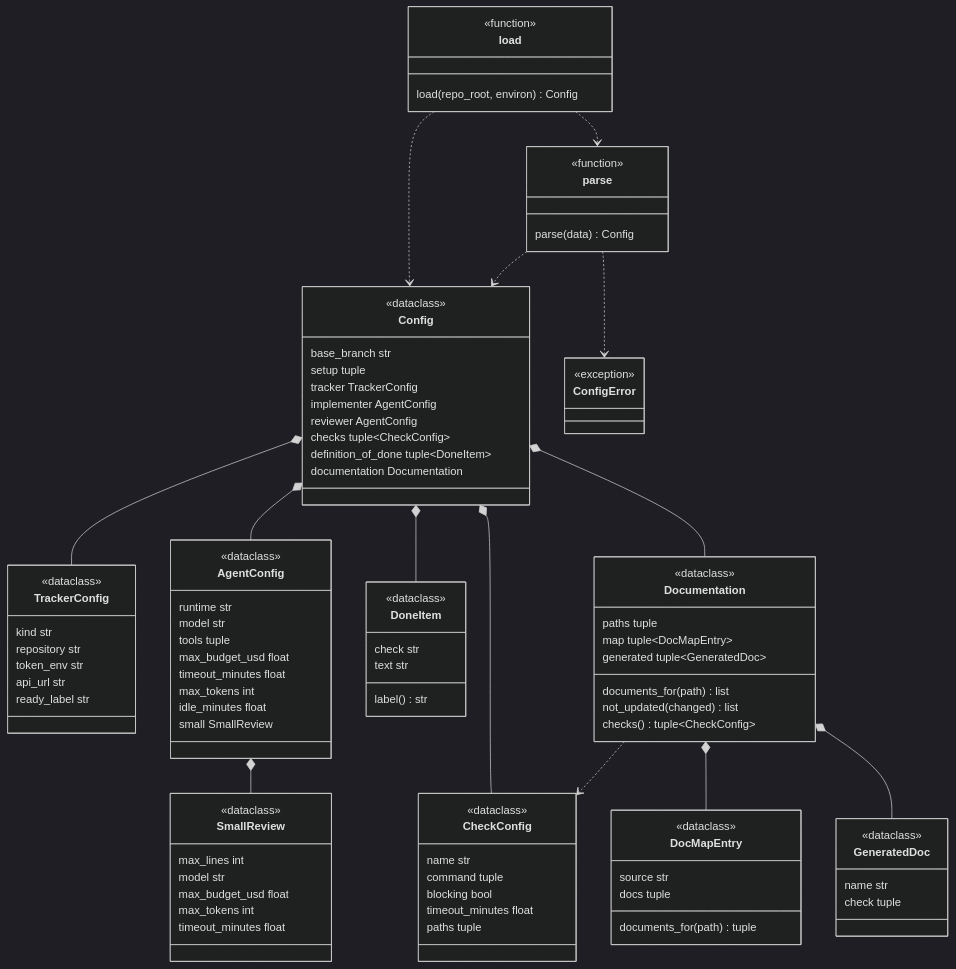
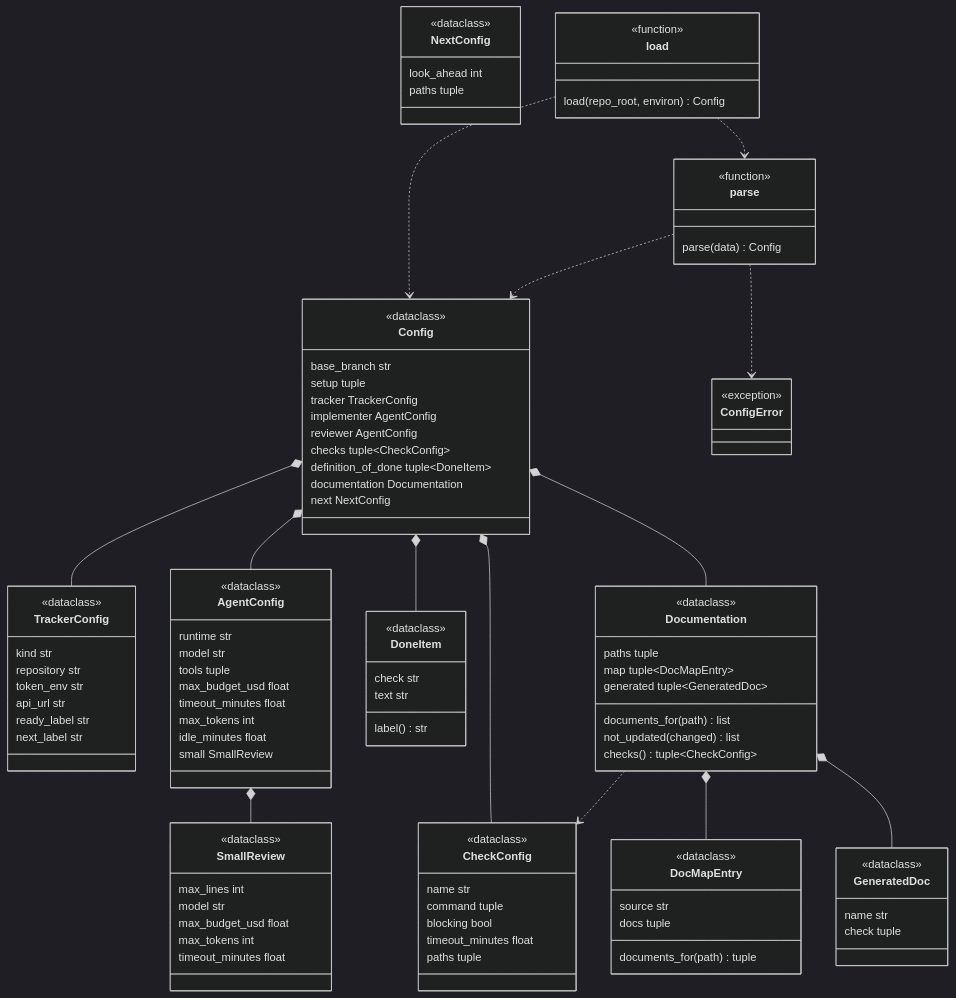
The second of 3 diagrams in docs/architecture/modules/config.md (plaplanche/ariane), drawn with Mermaid (dark theme) before and after one commit. The commit also changed other lines of this file and 42 other files, not shown here.

```diff
--- a/docs/architecture/modules/config.md
+++ b/docs/architecture/modules/config.md
@@ -77,6 +78,12 @@
   checks tuple~CheckConfig~
   definition_of_done tuple~DoneItem~
   documentation Documentation
+  next NextConfig
+}
+class NextConfig {
+  <<dataclass>>
+  look_ahead int
+  paths tuple
 }
 class TrackerConfig {
   <<dataclass>>
@@ -85,6 +92,7 @@
   token_env str
   api_url str
   ready_label str
+  next_label str
 }
 class AgentConfig {
   <<dataclass>>
```
